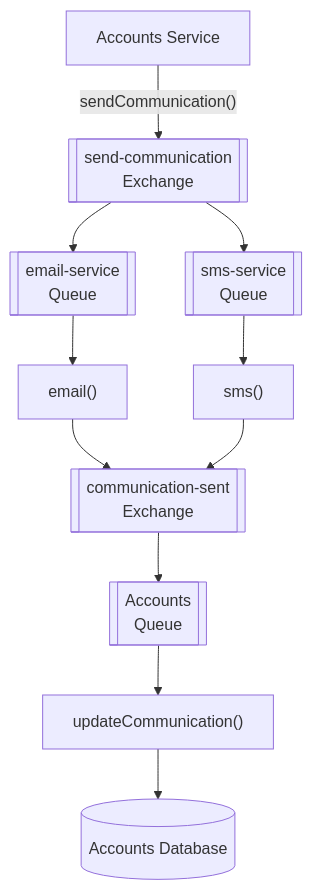
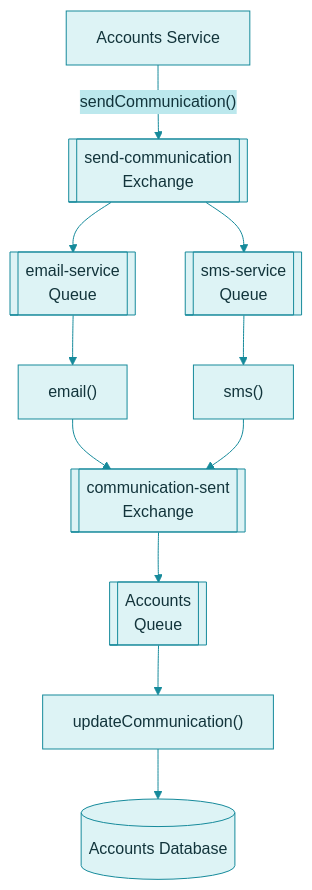
Before and after one commit to SoyaChunkz/MICROSERVICES: the first of 2 diagrams in docs/messaging.md, drawn with Mermaid. The commit also changed other lines of this file and 6 other files, not shown here.

````diff
--- a/docs/messaging.md
+++ b/docs/messaging.md
@@ -63,31 +103,46 @@
 ```mermaid
+%%{init: {
+  'theme': 'base',
+  'themeVariables': {
+    'primaryColor': '#DDF3F5',
+    'primaryTextColor': '#12343B',
+    'primaryBorderColor': '#168A9B',
+    'lineColor': '#168A9B',
+    'secondaryColor': '#BCE8ED',
+    'tertiaryColor': '#EFFAFA',
+    'clusterBkg': '#EFFAFA',
+    'clusterBorder': '#78C9D2',
+    'fontFamily': 'Arial, sans-serif'
+  }
+}}%%
+
 flowchart TB
     Accounts["Accounts Service"]
     Exchange1[["send-communication<br/>Exchange"]]
 
     EmailQueue[["email-service<br/>Queue"]]
     SMSQueue[["sms-service<br/>Queue"]]
 
     Email["email()"]
     SMS["sms()"]
 
     Exchange2[["communication-sent<br/>Exchange"]]
     AccountsQueue[["Accounts<br/>Queue"]]
     Update["updateCommunication()"]
     DB[("Accounts Database")]
 
     Accounts -->|"sendCommunication()"| Exchange1
 
     Exchange1 --> EmailQueue
     Exchange1 --> SMSQueue
 
     EmailQueue --> Email
     SMSQueue --> SMS
 
     Email --> Exchange2
     SMS --> Exchange2
 
     Exchange2 --> AccountsQueue
     AccountsQueue --> Update
     Update --> DB
 ```
````
